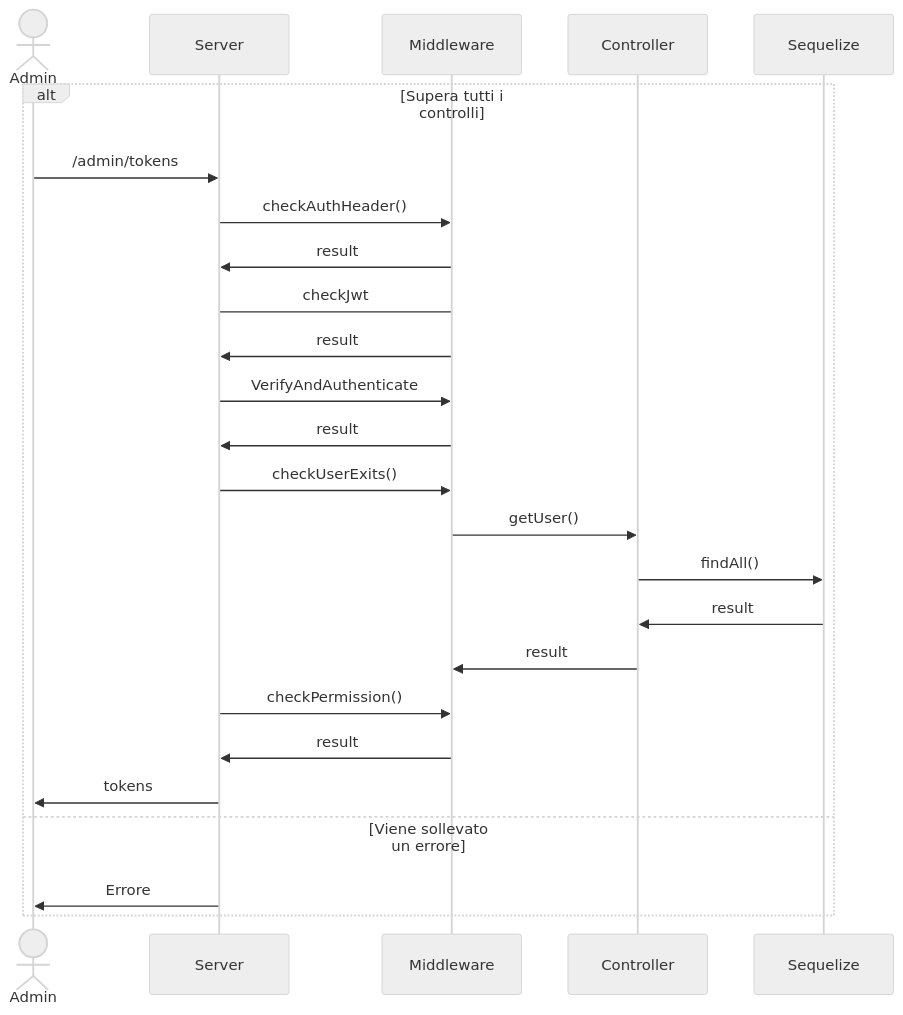
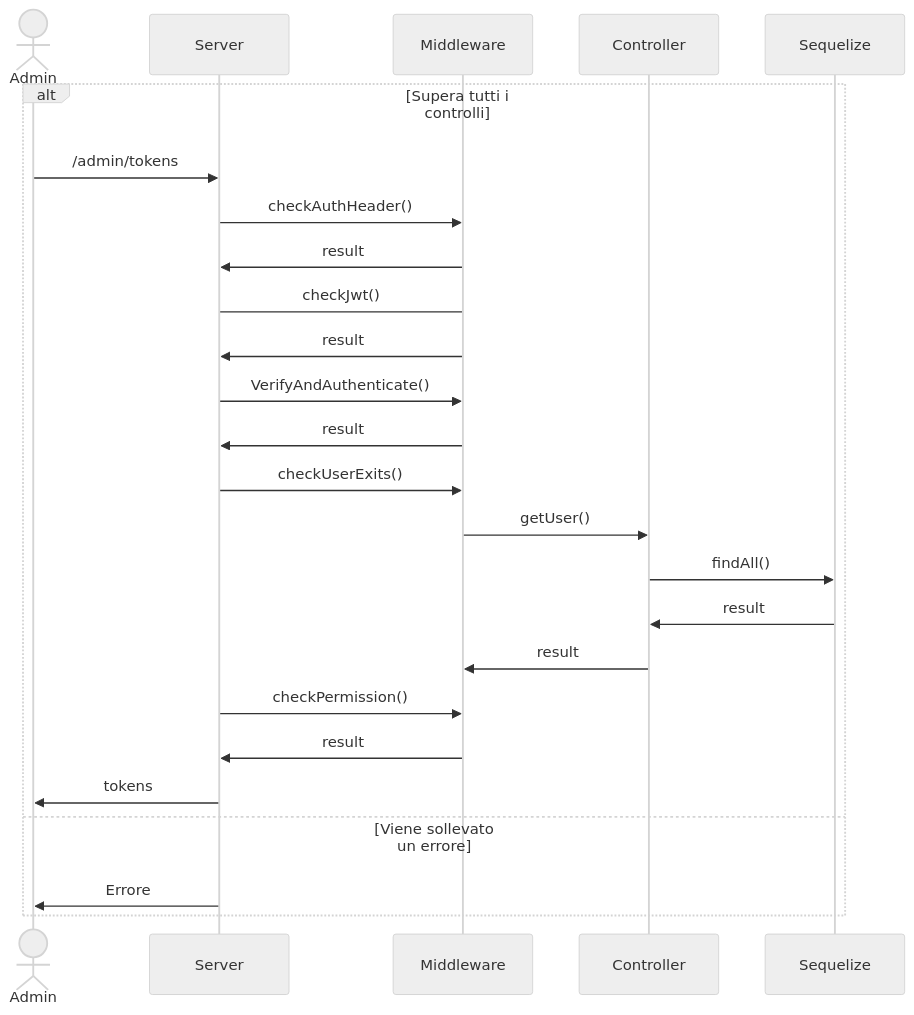
The fifth of 7 diagrams in README.md (AgneseBruglia/PA2024), drawn with Mermaid (neutral theme) before and after one commit.

````diff
--- a/README.md
+++ b/README.md
@@ -262,23 +262,23 @@
 ```mermaid
 sequenceDiagram
     alt Supera tutti i controlli
         actor Admin
         Admin->>Server: /admin/tokens
         Server->>Middleware: checkAuthHeader()
         Middleware->>Server: result
-        Server->Middleware: checkJwt
+        Server->Middleware: checkJwt()
         Middleware->>Server: result
-        Server->>Middleware: VerifyAndAuthenticate 
+        Server->>Middleware: VerifyAndAuthenticate() 
         Middleware->>Server: result
         Server->>Middleware: checkUserExits()
         Middleware->>Controller: getUser()
         Controller->>Sequelize: findAll()
         Sequelize->>Controller: result
         Controller->>Middleware: result
         Server->>Middleware: checkPermission()
         Middleware->>Server: result 
         Server->>Admin: tokens
     else Viene sollevato un errore
         Server->>Admin: Errore
     end
 ```
````
